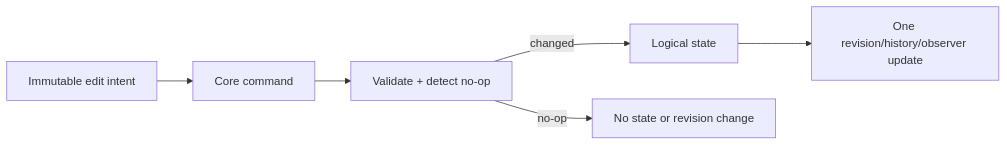
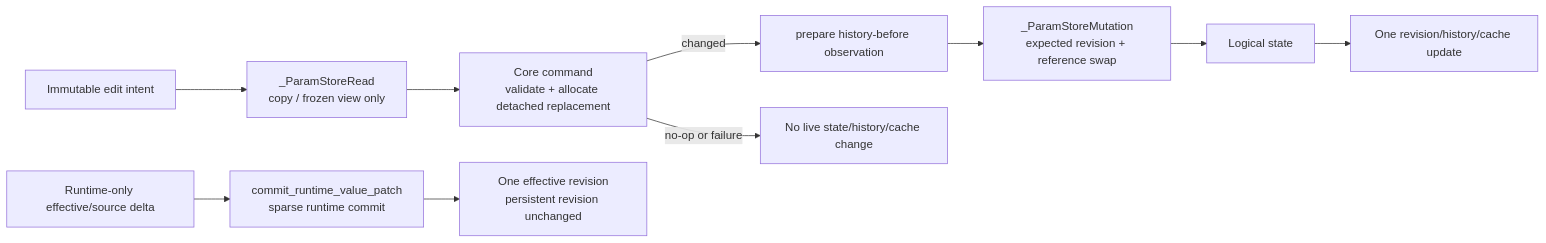
One commit to tyhts0829/graft changed diagram 12 of 25 in docs/architecture_visualization.md. Above: the diagram before and after it, drawn with Mermaid. The commit also changed other lines of this file and 135 other files, not shown here.

````diff
--- a/docs/architecture_visualization.md
+++ b/docs/architecture_visualization.md
@@ -359,12 +384,18 @@
 ```mermaid
 flowchart LR
     intent["Immutable edit intent"]
-    command["Core command"]
-    check["Validate + detect no-op"]
+    read["_ParamStoreRead<br/>copy / frozen view only"]
+    plan["Core command<br/>validate + allocate detached replacement"]
+    history["prepare history-before observation"]
+    mutation["_ParamStoreMutation<br/>expected revision + reference swap"]
     state["Logical state"]
-    rev["One revision/history/observer update"]
+    rev["One revision/history/cache update"]
+    runtime_delta["Runtime-only effective/source delta"]
+    sparse["commit_runtime_value_patch<br/>sparse runtime commit"]
+    effective["One effective revision<br/>persistent revision unchanged"]
 
-    intent --> command --> check
-    check -->|"changed"| state --> rev
-    check -->|"no-op"| done["No state or revision change"]
+    intent --> read --> plan
+    plan -->|"changed"| history --> mutation --> state --> rev
+    plan -->|"no-op or failure"| done["No live state/history/cache change"]
+    runtime_delta --> sparse --> effective
 ```
````
